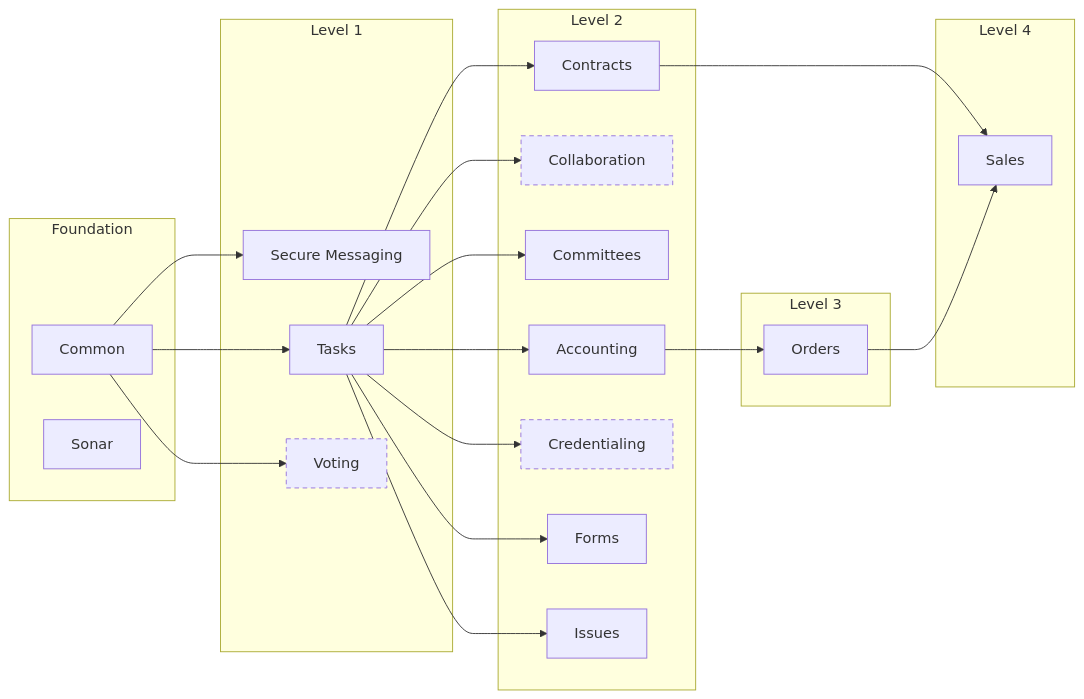
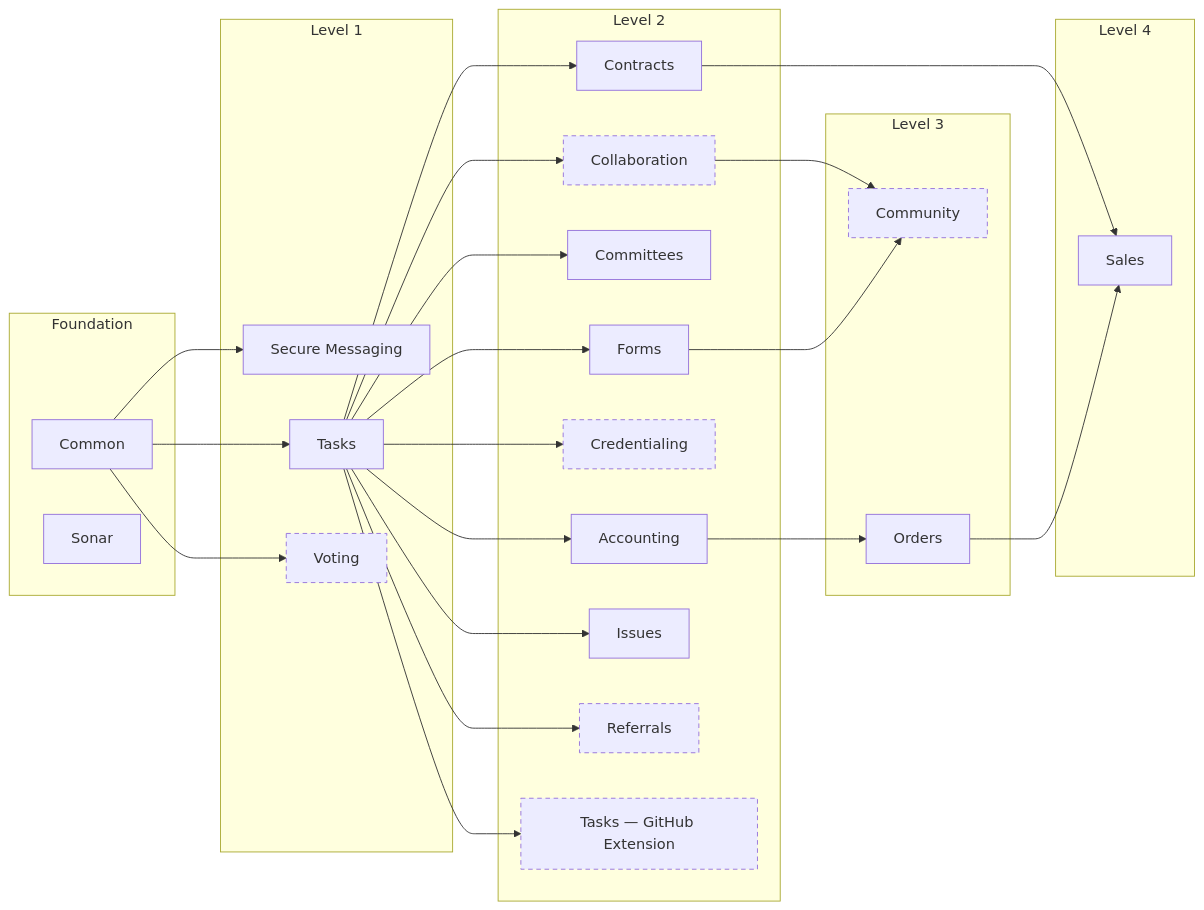
Before and after one commit to MemberJunction/MJ: the diagram in guides/BIZAPPS_GUIDE.md, drawn with Mermaid. The commit also changed other lines of this file, not shown here.

````diff
--- a/guides/BIZAPPS_GUIDE.md
+++ b/guides/BIZAPPS_GUIDE.md
@@ -19,42 +19,49 @@
 ```mermaid
 flowchart LR
   subgraph layer0["Foundation"]
     bizapps_common["Common"]
     bizapps_sonar["Sonar"]
   end
   subgraph layer1["Level 1"]
     bizapps_secure_messaging["Secure Messaging"]
     bizapps_tasks["Tasks"]
     bizapps_voting["Voting"]
   end
   subgraph layer2["Level 2"]
     bizapps_accounting["Accounting"]
     bizapps_collaboration["Collaboration"]
     bizapps_committees["Committees"]
     bizapps_contracts["Contracts"]
     bizapps_credentialing["Credentialing"]
     bizapps_forms["Forms"]
     bizapps_issues["Issues"]
+    bizapps_referrals["Referrals"]
+    bizapps_tasks_github["Tasks — GitHub Extension"]
   end
   subgraph layer3["Level 3"]
+    bizapps_community["Community"]
     bizapps_orders["Orders"]
   end
   subgraph layer4["Level 4"]
     bizapps_sales["Sales"]
   end
   bizapps_accounting --> bizapps_orders
+  bizapps_collaboration --> bizapps_community
   bizapps_common --> bizapps_secure_messaging
   bizapps_common --> bizapps_tasks
   bizapps_common --> bizapps_voting
   bizapps_contracts --> bizapps_sales
+  bizapps_forms --> bizapps_community
   bizapps_orders --> bizapps_sales
   bizapps_tasks --> bizapps_accounting
   bizapps_tasks --> bizapps_collaboration
   bizapps_tasks --> bizapps_committees
   bizapps_tasks --> bizapps_contracts
   bizapps_tasks --> bizapps_credentialing
   bizapps_tasks --> bizapps_forms
   bizapps_tasks --> bizapps_issues
+  bizapps_tasks --> bizapps_referrals
+  bizapps_tasks --> bizapps_tasks_github
   classDef dev stroke-dasharray: 5 4
-  class bizapps_collaboration,bizapps_credentialing,bizapps_voting dev
+  class bizapps_collaboration,bizapps_community,bizapps_credentialing,bizapps_referrals,bizapps_tasks_github,bizapps_voting dev
 ```
````
